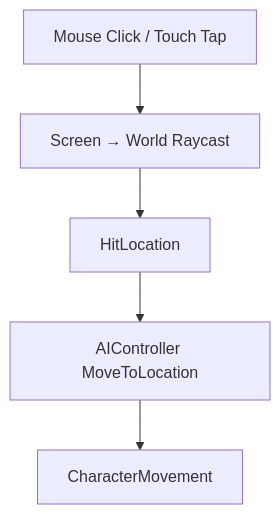
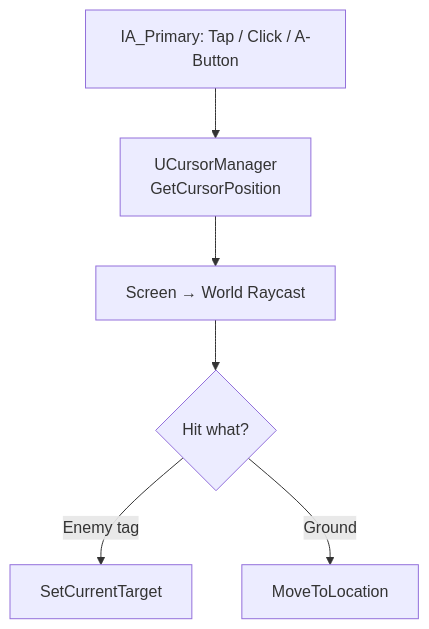
Before and after one commit to maximoh-mmo/PortfolioTutorial: the diagram in Docs/Player/Player_System.md, drawn with Mermaid. The commit also changed other lines of this file and 20 other files, not shown here.

````diff
--- a/Docs/Player/Player_System.md
+++ b/Docs/Player/Player_System.md
@@ -42,7 +47,8 @@
 ```mermaid
 flowchart TD
-    Input[Mouse Click / Touch Tap] --> Raycast[Screen → World Raycast]
-    Raycast --> HitLocation
-    HitLocation --> MoveTo[AIController MoveToLocation]
-    MoveTo --> CharacterMovement
+    Input[IA_Primary: Tap / Click / A-Button] --> Cursor[UCursorManager<br/>GetCursorPosition]
+    Cursor --> Raycast[Screen → World Raycast]
+    Raycast --> Branch{Hit what?}
+    Branch -->|Enemy tag| Target[SetCurrentTarget]
+    Branch -->|Ground| MoveTo[MoveToLocation]
 ```
````
